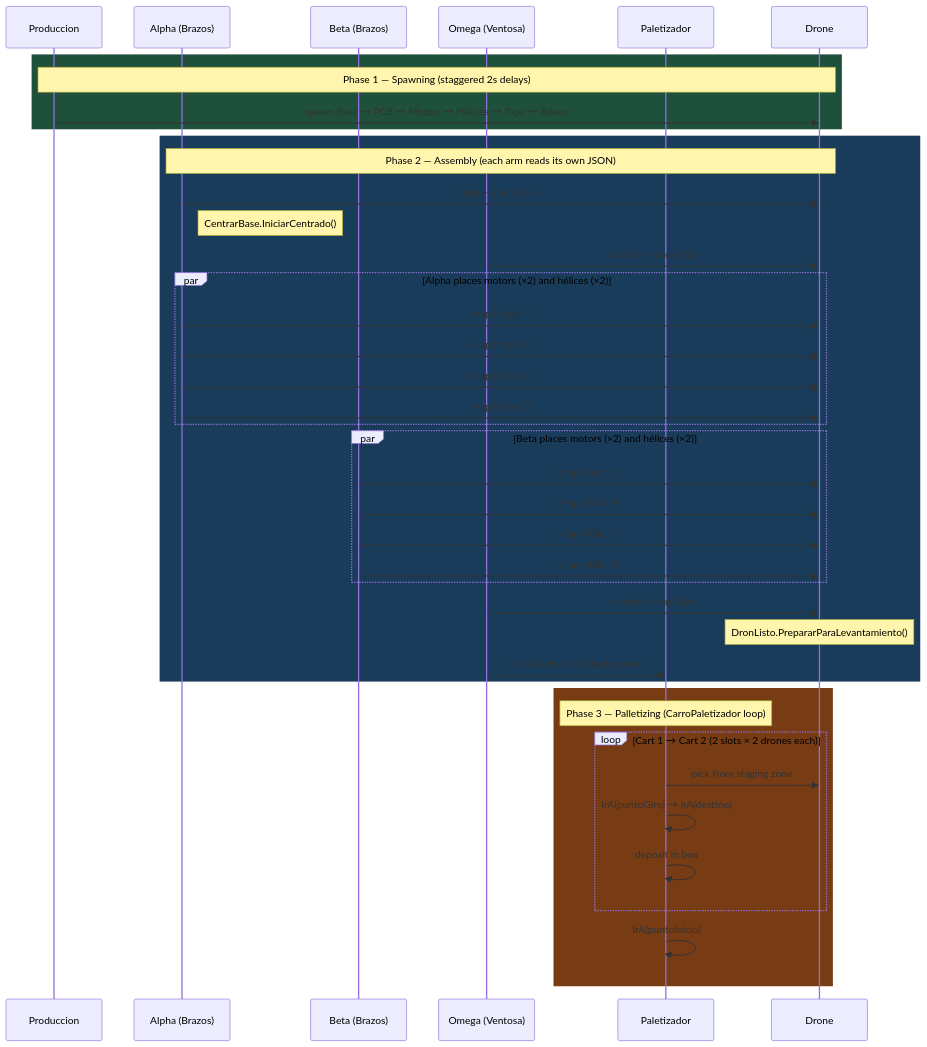
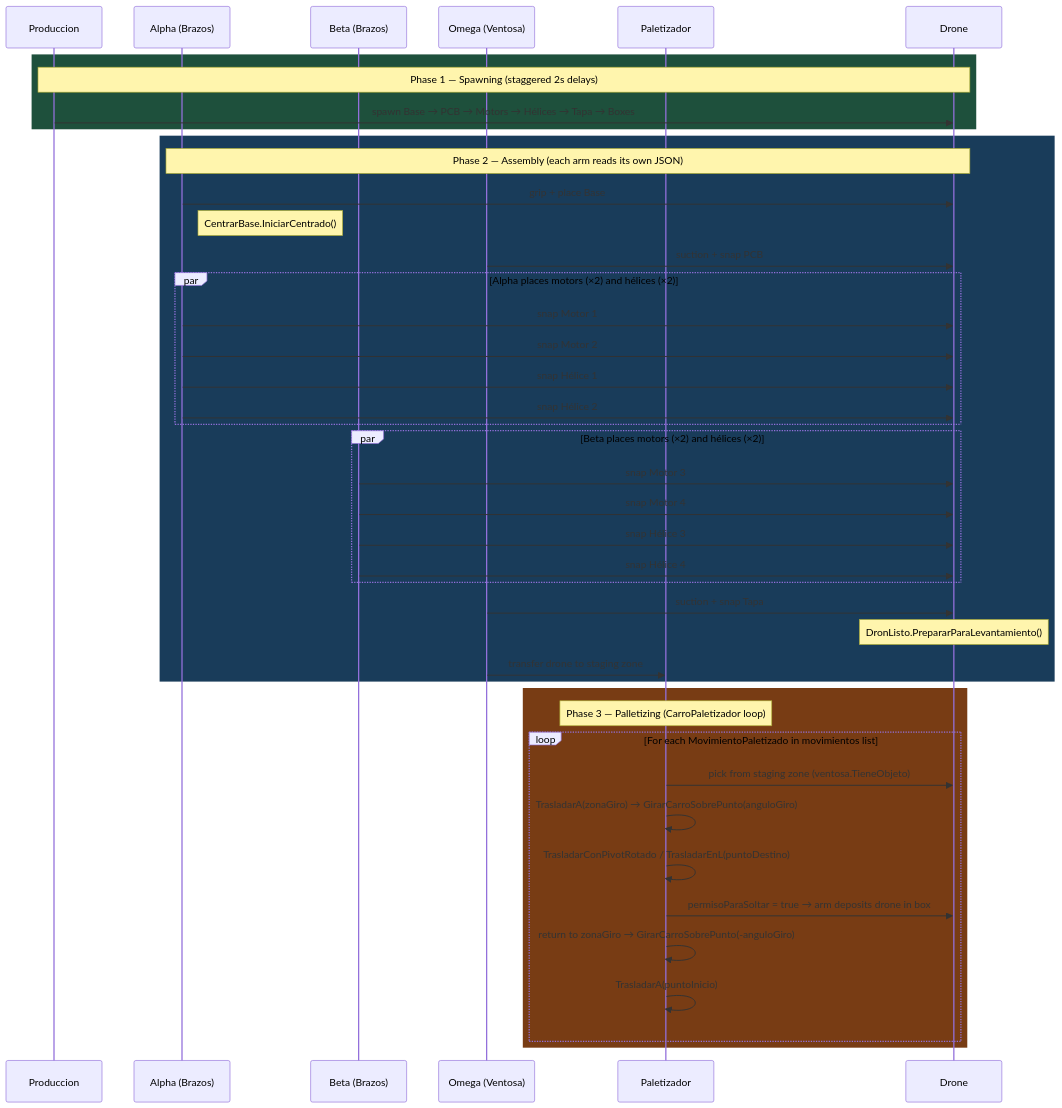
Before and after one commit to jorgefajardom-coder/drone-packaging-simulation-unity: the fifth of 12 diagrams in README.md, drawn with Mermaid. The commit also changed other lines of this file, not shown here.

First line of the commit message:
docs: actualizar README con estado real del código

````diff
--- a/README.md
+++ b/README.md
@@ -375,50 +375,52 @@
 ```mermaid
 sequenceDiagram
     participant P as Produccion
     participant A as Alpha (Brazos)
     participant B as Beta (Brazos)
     participant W as Omega (Ventosa)
     participant PAL as Paletizador
     participant D as Drone
 
     rect rgb(30, 80, 60)
         Note over P,D: Phase 1 — Spawning (staggered 2s delays)
         P->>D: spawn Base → PCB → Motors → Hélices → Tapa → Boxes
     end
 
     rect rgb(25, 60, 90)
         Note over A,D: Phase 2 — Assembly (each arm reads its own JSON)
         A->>D: grip + place Base
         Note right of A: CentrarBase.IniciarCentrado()
         W->>D: suction + snap PCB
 
         par Alpha places motors (×2) and hélices (×2)
             A->>D: snap Motor 1
             A->>D: snap Motor 2
             A->>D: snap Hélice 1
             A->>D: snap Hélice 2
         end
 
         par Beta places motors (×2) and hélices (×2)
             B->>D: snap Motor 3
             B->>D: snap Motor 4
             B->>D: snap Hélice 3
             B->>D: snap Hélice 4
         end
 
         W->>D: suction + snap Tapa
 
         Note over D: DronListo.PrepararParaLevantamiento()
         W->>PAL: transfer drone to staging zone
     end
 
     rect rgb(120, 60, 20)
         Note over PAL: Phase 3 — Palletizing (CarroPaletizador loop)
-        loop Cart 1 → Cart 2 (2 slots × 2 drones each)
-            PAL->>D: pick from staging zone
-            PAL->>PAL: IrA(puntoGiro) → IrA(destino)
-            PAL->>PAL: deposit in box
+        loop For each MovimientoPaletizado in movimientos list
+            PAL->>D: pick from staging zone (ventosa.TieneObjeto)
+            PAL->>PAL: TrasladarA(zonaGiro) → GirarCarroSobrePunto(anguloGiro)
+            PAL->>PAL: TrasladarConPivotRotado / TrasladarEnL(puntoDestino)
+            PAL->>D: permisoParaSoltar = true → arm deposits drone in box
+            PAL->>PAL: return to zonaGiro → GirarCarroSobrePunto(-anguloGiro)
+            PAL->>PAL: TrasladarA(puntoInicio)
         end
-        PAL->>PAL: IrA(puntoInicio)
     end
 ```
````
